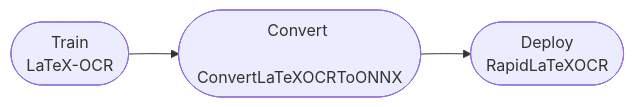
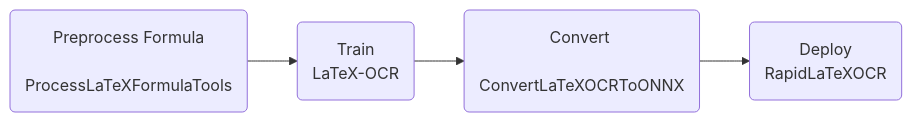
One commit to RapidAI/RapidLaTeXOCR changed the diagram in README.md. Above: the diagram before and after it, drawn with Mermaid. The commit also changed other lines of this file, not shown here.

````diff
--- a/README.md
+++ b/README.md
@@ -36,9 +36,10 @@
 ```mermaid
 flowchart LR
 
-A([Train\n LaTeX-OCR]) --> B([Convert \n ConvertLaTeXOCRToONNX]) --> C([Deploy\n RapidLaTeXOCR])
+A(Preprocess Formula\n ProcessLaTeXFormulaTools) --> B(Train\n LaTeX-OCR) --> C(Convert \n ConvertLaTeXOCRToONNX) --> D(Deploy\n RapidLaTeXOCR)
 
-click A "https://github.com/lukas-blecher/LaTeX-OCR" _blank
-click B "https://github.com/SWHL/ConvertLaTeXOCRToONNX" _blank
-click C "https://github.com/RapidAI/RapidLaTeXOCR" _blank
+click A "https://github.com/SWHL/ProcessLaTeXFormulaTools" _blank
+click B "https://github.com/lukas-blecher/LaTeX-OCR" _blank
+click C "https://github.com/SWHL/ConvertLaTeXOCRToONNX" _blank
+click D "https://github.com/RapidAI/RapidLaTeXOCR" _blank
 ```
````
